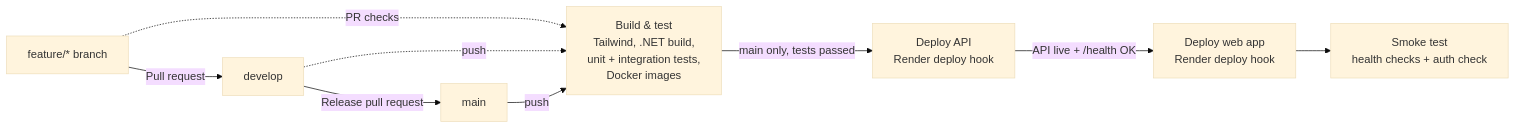
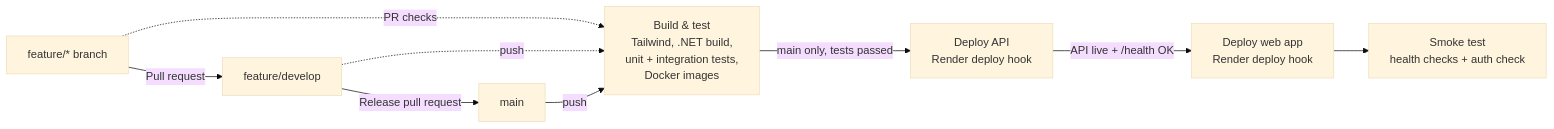
One commit to Pumpkin280205/WIL-AFCON-Development changed the second of 2 diagrams in README.md. Above: the diagram before and after it, drawn with Mermaid (base theme). The commit also changed other lines of this file and 1 other file, not shown here.

````diff
--- a/README.md
+++ b/README.md
@@ -566,11 +735,11 @@
 ```mermaid
 flowchart LR
-    F[feature/* branch] -->|Pull request| D[develop]
+    F[feature/* branch] -->|Pull request| D[feature/develop]
     D -->|Release pull request| M[main]
     F -. PR checks .-> B
     D -. push .-> B
     M -->|push| B[Build & test<br/>Tailwind, .NET build,<br/>unit + integration tests,<br/>Docker images]
     B -->|main only, tests passed| A[Deploy API<br/>Render deploy hook]
     A -->|API live + /health OK| W[Deploy web app<br/>Render deploy hook]
     W --> S[Smoke test<br/>health checks + auth check]
 ```
````
